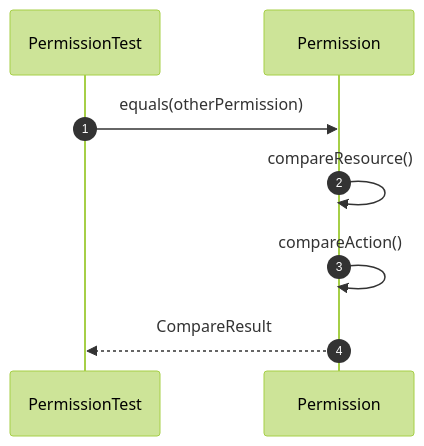
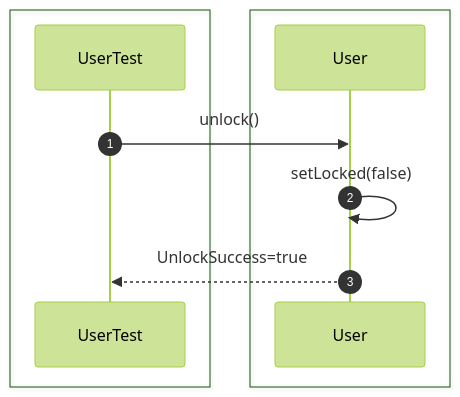
Diagram 14 of 35 in src/sequence/security.md (Huy1801214/dbms-architecture), drawn with Mermaid (forest theme) before and after one commit. The commit also changed other lines of this file and 10 other files, not shown here.

Commit message:
add comprehensive sequence diagrams and documentation for system architecture and unit testing specifications

````diff
--- a/src/sequence/security.md
+++ b/src/sequence/security.md
@@ -216,14 +254,15 @@
 ```mermaid
 sequenceDiagram
     autonumber
-    participant Test as PermissionTest
-    participant Permission
 
-    Test->>Permission: equals(otherPermission)
+    box #e1f5fe Test Suite
+    participant Test as UserTest
+    end
+    box #e3f2fd Security Components
+    participant User as User
+    end
 
-    Permission->>Permission: compareResource()
-
-    Permission->>Permission: compareAction()
-
-    Permission-->>Test: CompareResult
+    Test->>User: unlock()
+    User->>User: setLocked(false)
+    User-->>Test: UnlockSuccess=true
 ```
````
